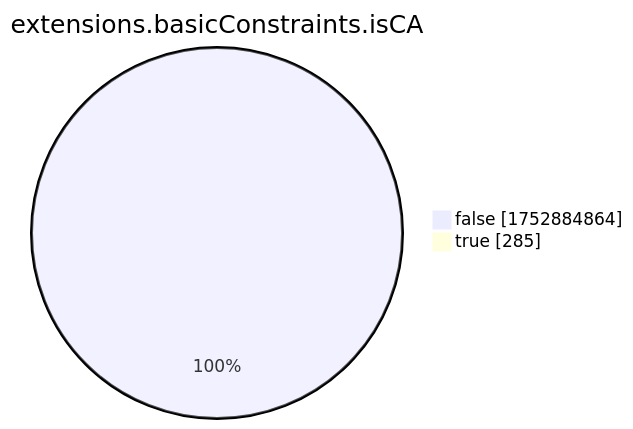
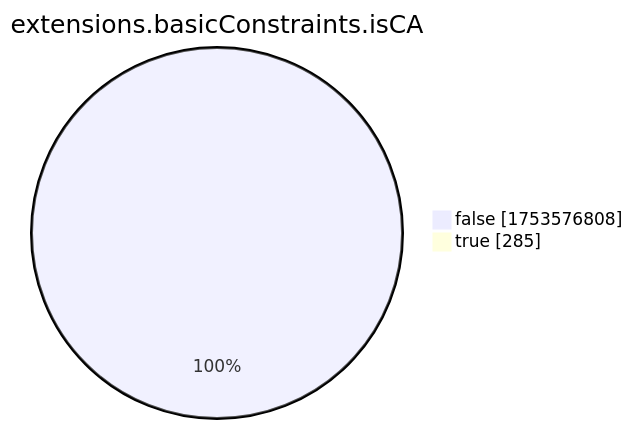
The eighth of 15 diagrams in xenon2022/README.md (christiankrug/ctmonitor_visualization), drawn with Mermaid before and after one commit. The commit also changed other lines of this file, not shown here.

````diff
--- a/xenon2022/README.md
+++ b/xenon2022/README.md
@@ -2867,6 +2868,6 @@
 ```mermaid
 pie showData
 title extensions.basicConstraints.isCA
-"false" :1752884864
+"false" :1753576808
 "true" :285
 ```
````
